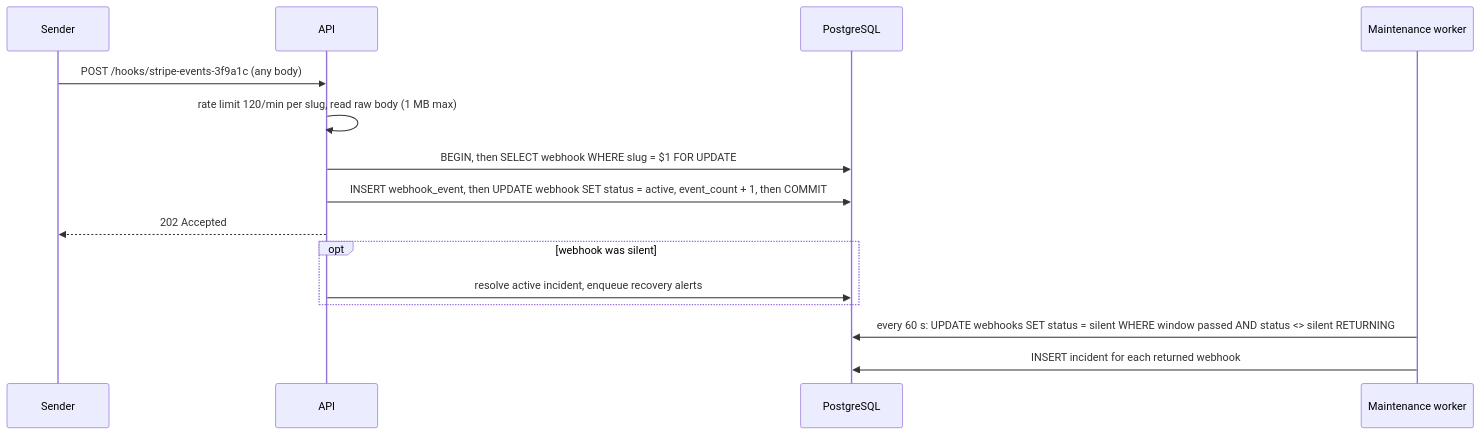
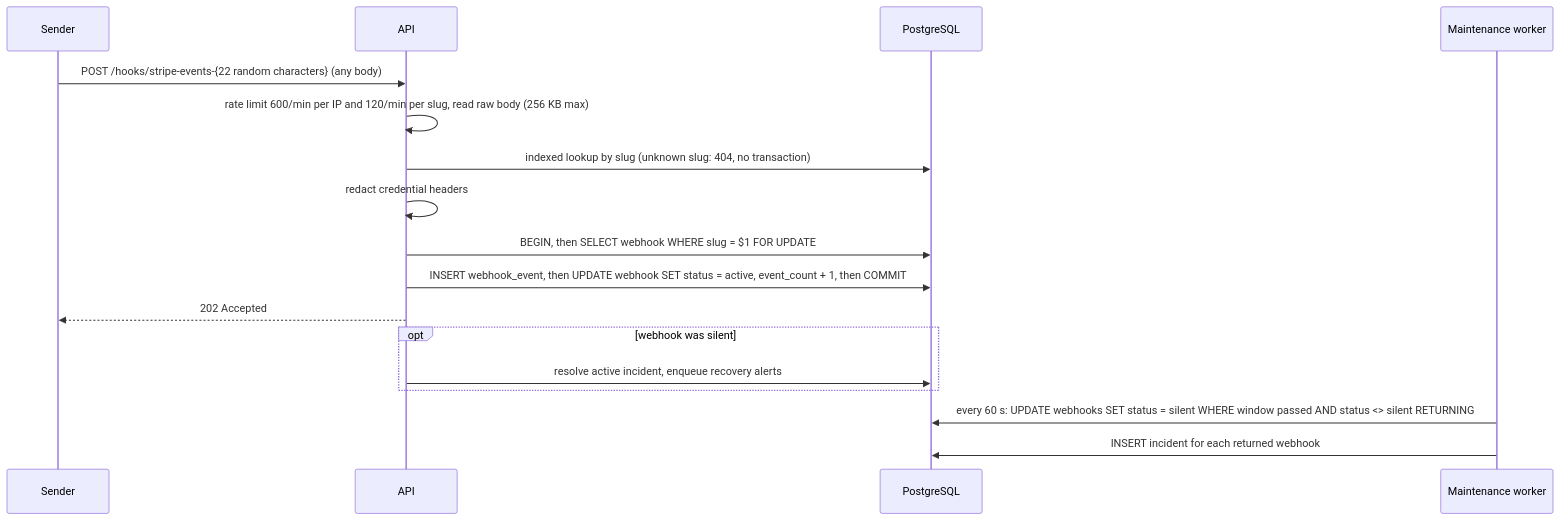
The ninth of 13 diagrams in docs/system-design.md (MohammadRaiyyan/pulse), drawn with Mermaid before and after one commit. The commit also changed other lines of this file and 6 other files, not shown here.

````diff
--- a/docs/system-design.md
+++ b/docs/system-design.md
@@ -464,19 +534,21 @@
 ```mermaid
 sequenceDiagram
   participant S as Sender
   participant A as API
   participant DB as PostgreSQL
   participant MW as Maintenance worker
 
-  S->>A: POST /hooks/stripe-events-3f9a1c (any body)
-  A->>A: rate limit 120/min per slug, read raw body (1 MB max)
+  S->>A: POST /hooks/stripe-events-{22 random characters} (any body)
+  A->>A: rate limit 600/min per IP and 120/min per slug, read raw body (256 KB max)
+  A->>DB: indexed lookup by slug (unknown slug: 404, no transaction)
+  A->>A: redact credential headers
   A->>DB: BEGIN, then SELECT webhook WHERE slug = $1 FOR UPDATE
   A->>DB: INSERT webhook_event, then UPDATE webhook SET status = active, event_count + 1, then COMMIT
   A-->>S: 202 Accepted
   opt webhook was silent
     A->>DB: resolve active incident, enqueue recovery alerts
   end
 
   MW->>DB: every 60 s: UPDATE webhooks SET status = silent WHERE window passed AND status <> silent RETURNING
   MW->>DB: INSERT incident for each returned webhook
 ```
````
